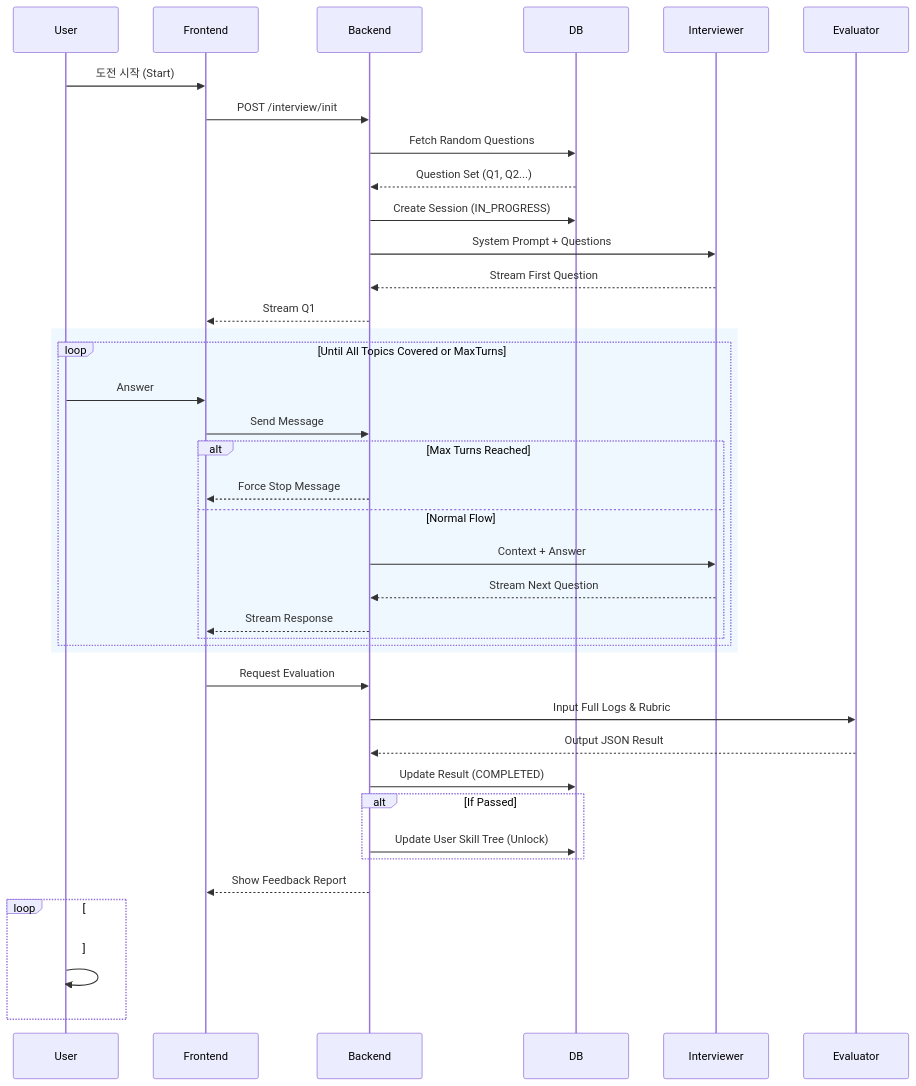
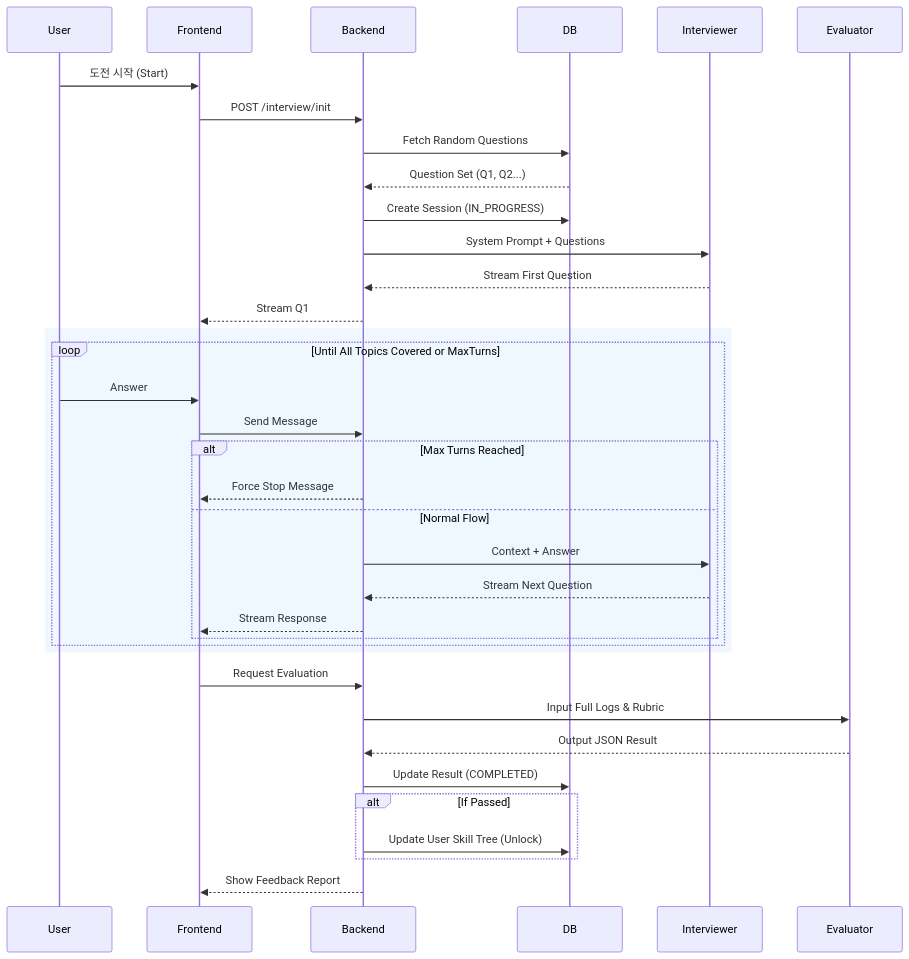
One commit to haebo9/ai_techtree_project changed the diagram in docs/2_design/agent_workflow.md. Above: the diagram before and after it, drawn with Mermaid.

Commit message:
docs:fix:하단 여백 기본 형으로 롤백

````diff
--- a/docs/2_design/agent_workflow.md
+++ b/docs/2_design/agent_workflow.md
@@ -114,54 +114,49 @@
 ```mermaid
 sequenceDiagram
     participant User
     participant Frontend
     participant Backend
     participant DB
     participant Interviewer
     participant Evaluator
 
     %% --- [Phase 1: Init] ---
     User->>Frontend: 도전 시작 (Start)
     Frontend->>Backend: POST /interview/init
     
     Backend->>DB: Fetch Random Questions
     DB-->>Backend: Question Set (Q1, Q2...)
     
     Backend->>DB: Create Session (IN_PROGRESS)
     Backend->>Interviewer: System Prompt + Questions
     Interviewer-->>Backend: Stream First Question
     Backend-->>Frontend: Stream Q1
 
     %% --- [Phase 2: Interactive Loop] ---
     rect rgb(240, 248, 255)
         loop Until All Topics Covered or MaxTurns
             User->>Frontend: Answer
             Frontend->>Backend: Send Message
             
             alt Max Turns Reached
                 Backend-->>Frontend: Force Stop Message
             else Normal Flow
                 Backend->>Interviewer: Context + Answer
                 Interviewer-->>Backend: Stream Next Question
                 Backend-->>Frontend: Stream Response
             end
         end
     end
 
     %% --- [Phase 3: Evaluation] ---
     Frontend->>Backend: Request Evaluation
     Backend->>Evaluator: Input Full Logs & Rubric
     Evaluator-->>Backend: Output JSON Result
     
     Backend->>DB: Update Result (COMPLETED)
     alt If Passed
         Backend->>DB: Update User Skill Tree (Unlock)
     end
     
     Backend-->>Frontend: Show Feedback Report
-    
-    %% 하단 여백 확보용 (보이지 않는 루프)
-    loop <br/><br/><br/>
-        User->>User:  
-    end
 ```
````
